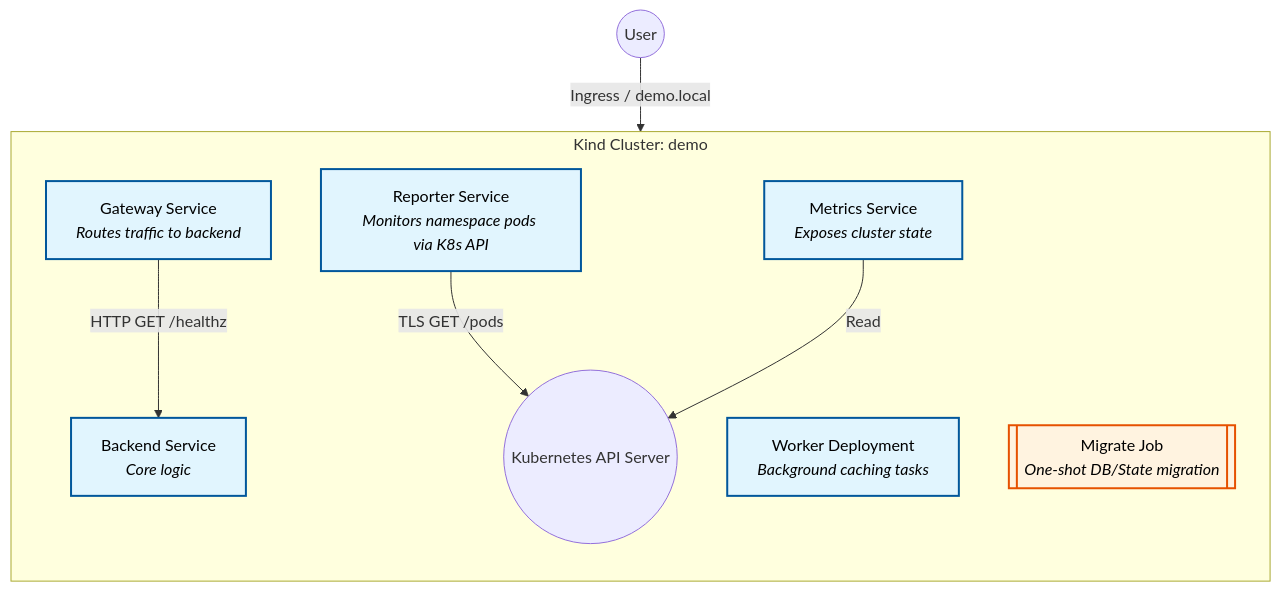
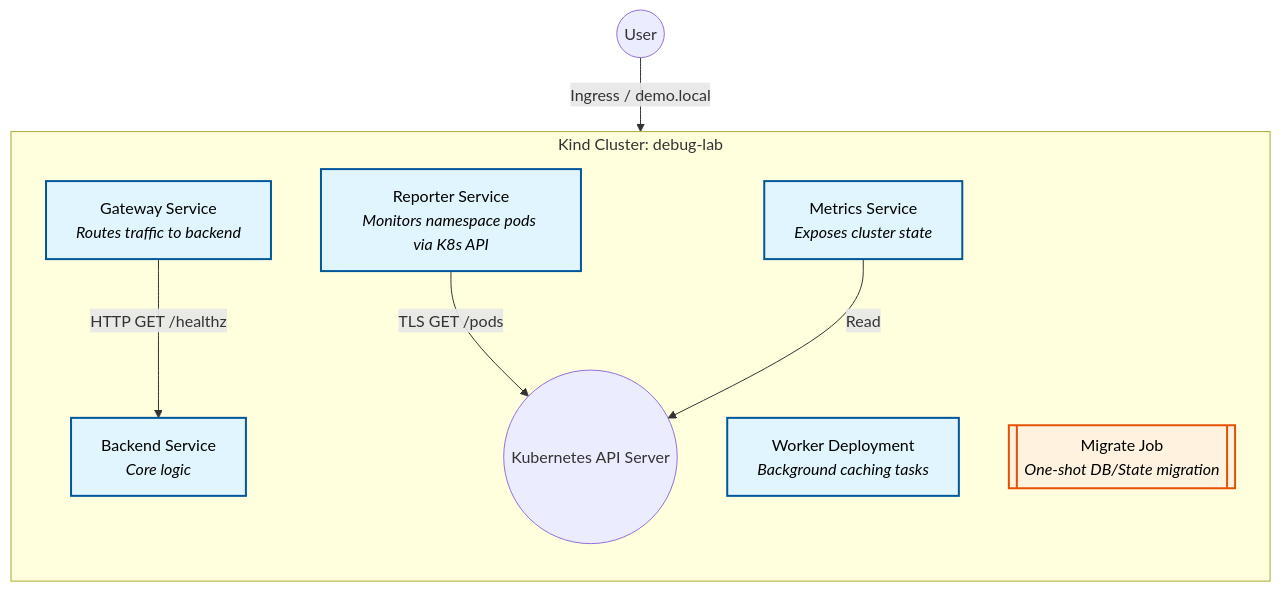
One commit to kaushalpatil205/eb-devops-takehome changed the diagram in README.md. Above: the diagram before and after it, drawn with Mermaid. The commit also changed other lines of this file and 4 other files, not shown here.

````diff
--- a/README.md
+++ b/README.md
@@ -22,27 +23,27 @@
 ```mermaid
 flowchart TD
-    subgraph Kubernetes Cluster [Kind Cluster: demo]
+    subgraph Kubernetes Cluster [Kind Cluster: debug-lab]
         direction TB
         
         Gateway[Gateway Service\n<i>Routes traffic to backend</i>]
         Backend[Backend Service\n<i>Core logic</i>]
         Reporter[Reporter Service\n<i>Monitors namespace pods via K8s API</i>]
         Metrics[Metrics Service\n<i>Exposes cluster state</i>]
         Worker[Worker Deployment\n<i>Background caching tasks</i>]
         MigrateJob[[Migrate Job\n<i>One-shot DB/State migration</i>]]
         
         K8sAPI((Kubernetes API Server))
         
         Gateway -->|HTTP GET /healthz| Backend
         Reporter -->|TLS GET /pods| K8sAPI
         Metrics -->|Read| K8sAPI
     end
 
     User((User)) -->|Ingress / demo.local| Gateway
     
     classDef service fill:#e1f5fe,stroke:#01579b,stroke-width:2px,color:#000
     class Gateway,Backend,Reporter,Metrics,Worker service
     
     classDef job fill:#fff3e0,stroke:#e65100,stroke-width:2px,color:#000
     class MigrateJob job
 ```
````
